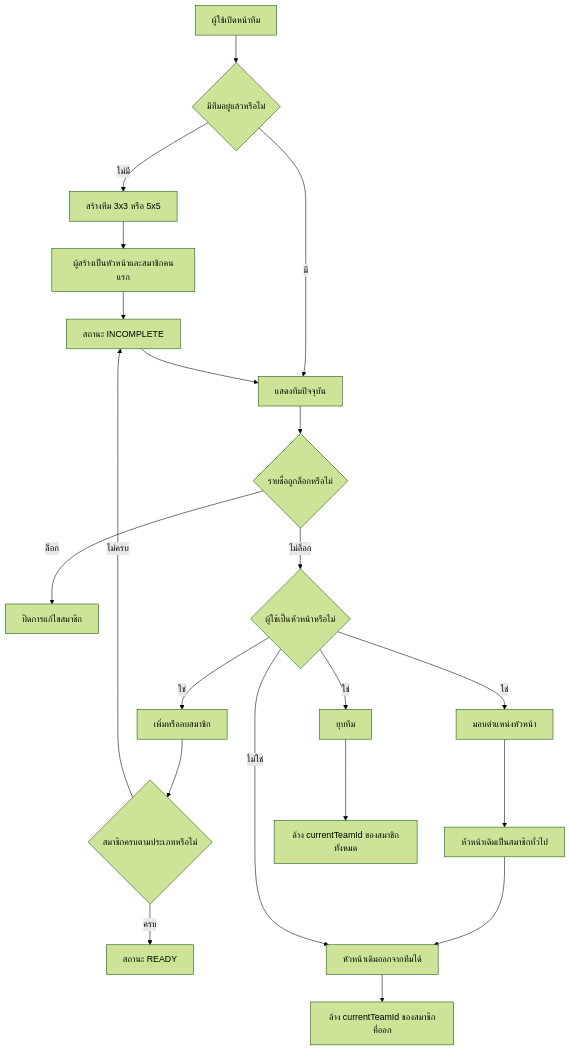
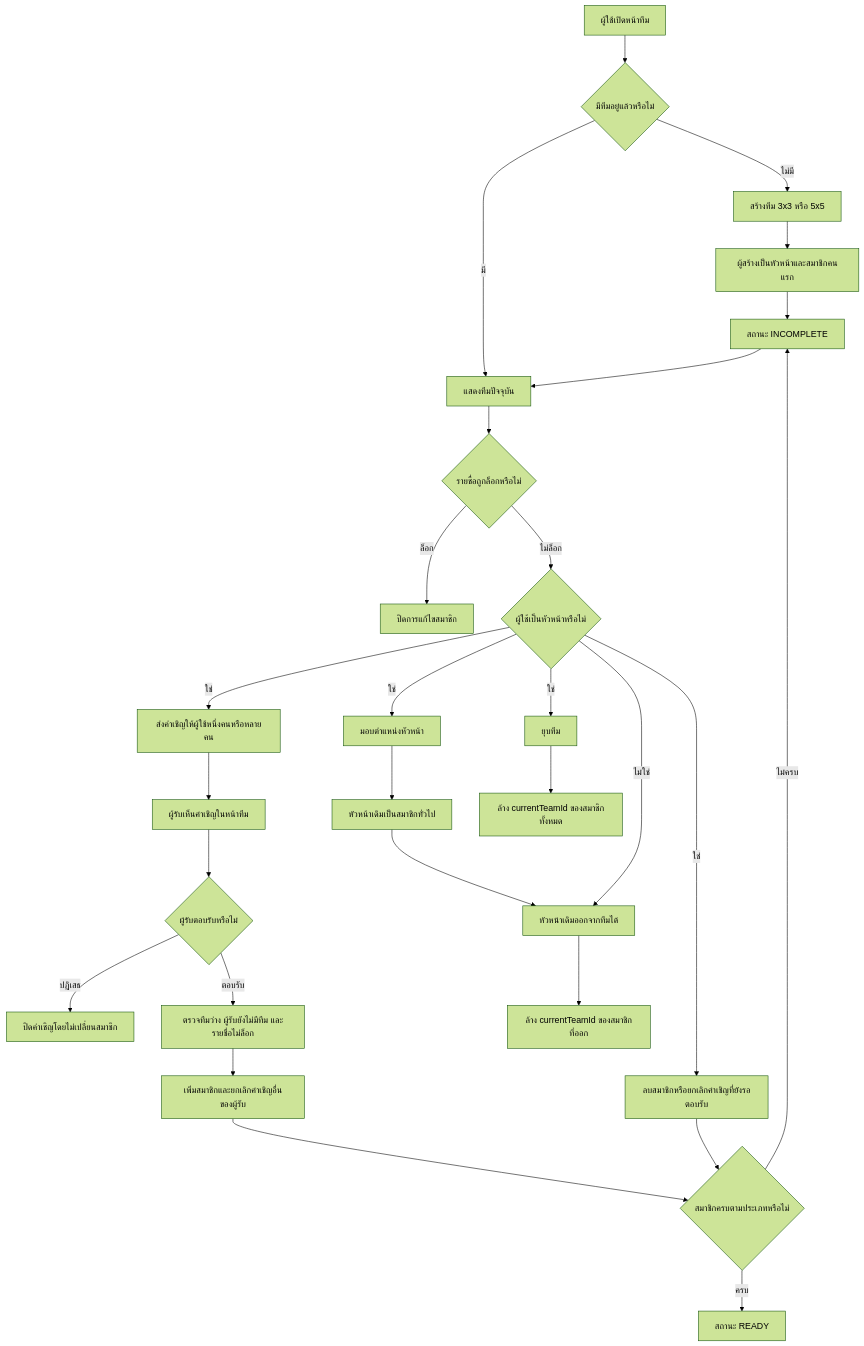
Before and after one commit to Nokpednam/MeQ-web-app: the diagram in docs/diagrams/team-management-flow.mmd, drawn with Mermaid (forest theme). The commit also changed 9 other files, not shown here.

```diff
--- a/docs/diagrams/team-management-flow.mmd
+++ b/docs/diagrams/team-management-flow.mmd
@@ -1,21 +1,28 @@
 flowchart TD
   A[ผู้ใช้เปิดหน้าทีม] --> B{มีทีมอยู่แล้วหรือไม่}
   B -- ไม่มี --> C[สร้างทีม 3x3 หรือ 5x5]
   C --> D[ผู้สร้างเป็นหัวหน้าและสมาชิกคนแรก]
   D --> E[สถานะ INCOMPLETE]
   B -- มี --> F[แสดงทีมปัจจุบัน]
   E --> F
   F --> G{รายชื่อถูกล็อกหรือไม่}
   G -- ล็อก --> H[ปิดการแก้ไขสมาชิก]
   G -- ไม่ล็อก --> I{ผู้ใช้เป็นหัวหน้าหรือไม่}
-  I -- ใช่ --> J[เพิ่มหรือลบสมาชิก]
-  J --> K{สมาชิกครบตามประเภทหรือไม่}
+  I -- ใช่ --> J[ส่งคำเชิญให้ผู้ใช้หนึ่งคนหรือหลายคน]
+  J --> JA[ผู้รับเห็นคำเชิญในหน้าทีม]
+  JA --> JB{ผู้รับตอบรับหรือไม่}
+  JB -- ปฏิเสธ --> JC[ปิดคำเชิญโดยไม่เปลี่ยนสมาชิก]
+  JB -- ตอบรับ --> JD[ตรวจทีมว่าง ผู้รับยังไม่มีทีม และรายชื่อไม่ล็อก]
+  JD --> JE[เพิ่มสมาชิกและยกเลิกคำเชิญอื่นของผู้รับ]
+  JE --> K{สมาชิกครบตามประเภทหรือไม่}
+  I -- ใช่ --> JF[ลบสมาชิกหรือยกเลิกคำเชิญที่ยังรอตอบรับ]
+  JF --> K
   K -- ไม่ครบ --> E
   K -- ครบ --> L[สถานะ READY]
   I -- ใช่ --> M[มอบตำแหน่งหัวหน้า]
   M --> N[หัวหน้าเดิมเป็นสมาชิกทั่วไป]
   N --> O[หัวหน้าเดิมออกจากทีมได้]
   I -- ไม่ใช่ --> O
   I -- ใช่ --> P[ยุบทีม]
   P --> Q[ล้าง currentTeamId ของสมาชิกทั้งหมด]
   O --> R[ล้าง currentTeamId ของสมาชิกที่ออก]
```
